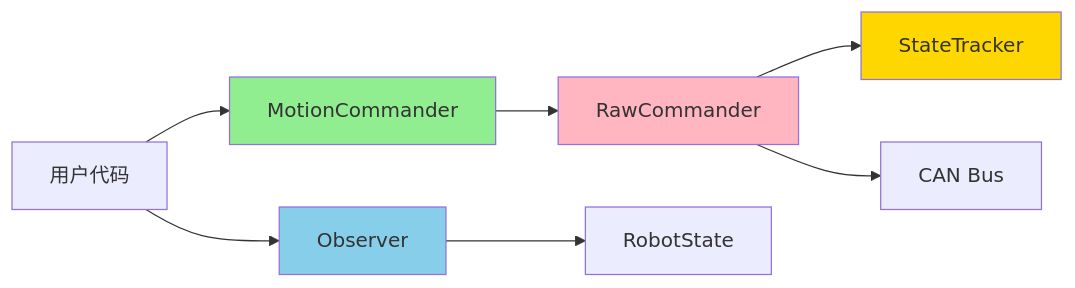
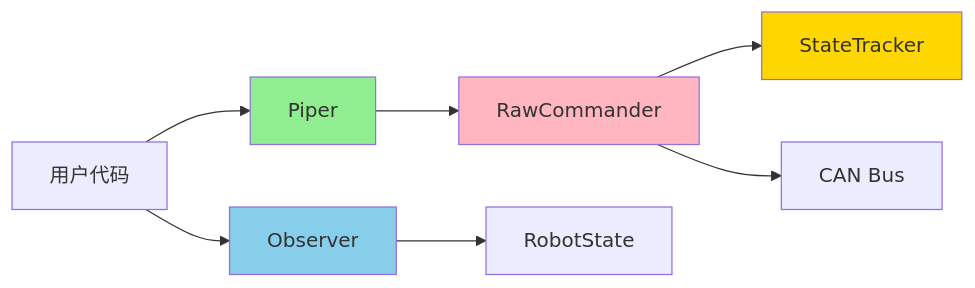
The diagram in docs/v0/high-level-api/PHASE2_COMPLETION_REPORT.md (vivym/piper-sdk-rs), drawn with Mermaid before and after one commit. The commit also changed other lines of this file and 54 other files, not shown here.

````diff
--- a/docs/v0/high-level-api/PHASE2_COMPLETION_REPORT.md
+++ b/docs/v0/high-level-api/PHASE2_COMPLETION_REPORT.md
@@ -247,14 +247,14 @@
 ```mermaid
 graph LR
-    A[用户代码] --> B[MotionCommander]
+    A[用户代码] --> B[Piper]
     A --> C[Observer]
     B --> D[RawCommander]
     D --> E[StateTracker]
     D --> F[CAN Bus]
     C --> G[RobotState]
 
     style B fill:#90EE90
     style C fill:#87CEEB
     style D fill:#FFB6C1
     style E fill:#FFD700
 ```
````
